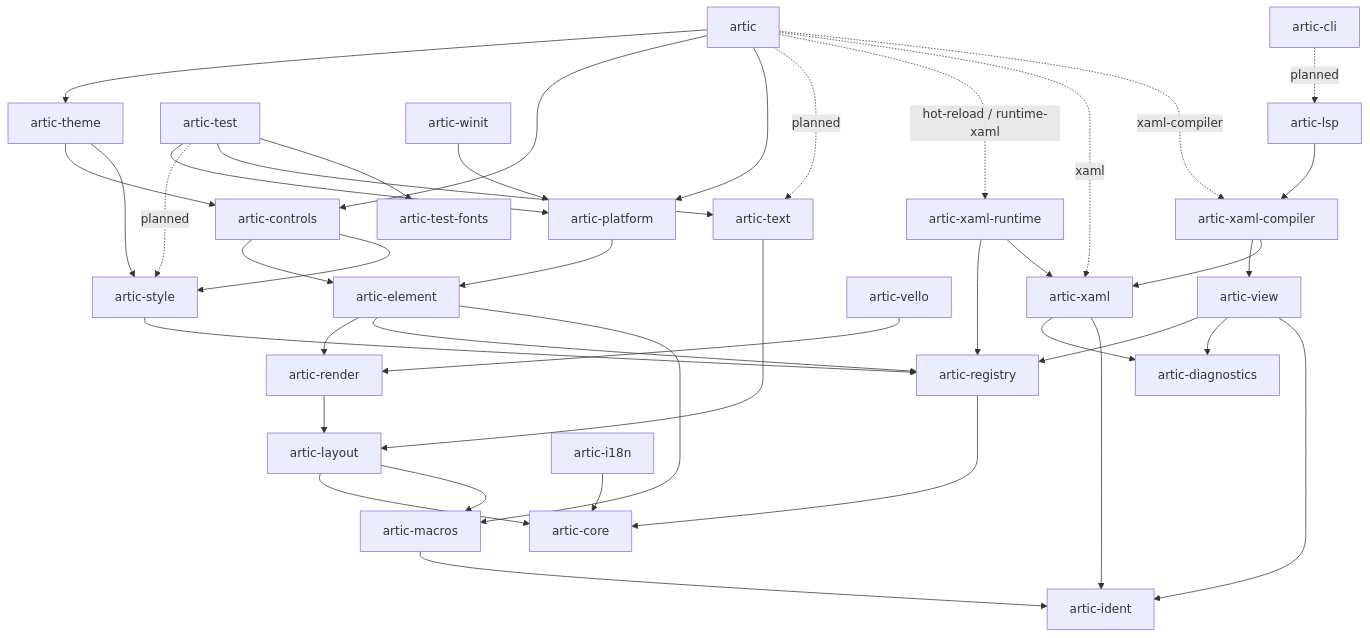
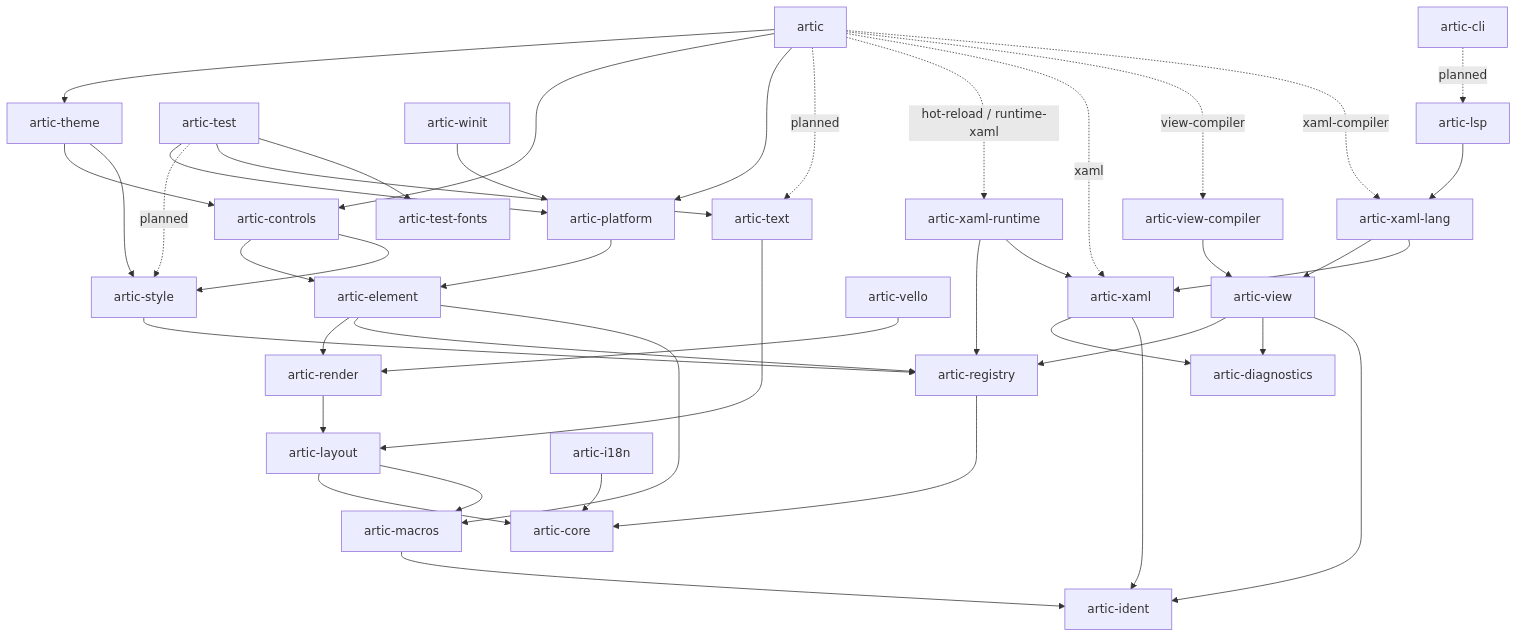
Before and after one commit to wolfware-labs/artic: the diagram in docs/architecture.md, drawn with Mermaid. The commit also changed other lines of this file and 146 other files, not shown here.

First line of the commit message:
refactor(view-compiler): compile the views of any UI language (#346)

````diff
--- a/docs/architecture.md
+++ b/docs/architecture.md
@@ -36,52 +36,54 @@
 ```mermaid
 flowchart TD
   artic --> theme[artic-theme]
   artic --> controls[artic-controls]
   artic --> platform[artic-platform]
   artic -. planned .-> text[artic-text]
   artic -. hot-reload / runtime-xaml .-> runtime[artic-xaml-runtime]
   artic -. xaml .-> xaml
-  artic -. xaml-compiler .-> compiler
+  artic -. view-compiler .-> viewc[artic-view-compiler]
+  artic -. xaml-compiler .-> lang
 
   theme --> controls
   theme --> styles[artic-style]
 
   controls --> element[artic-element]
   controls --> styles
 
   platform --> element
 
   element --> render[artic-render]
   element --> registry[artic-registry]
   element --> macros[artic-macros]
 
   test[artic-test] --> platform
   test -. planned .-> styles
   test --> text
   test --> fonts[artic-test-fonts]
 
   winit[artic-winit] --> platform
   vello[artic-vello] --> render
 
   cli[artic-cli] -. planned .-> lsp[artic-lsp]
-  lsp --> compiler[artic-xaml-compiler]
+  lsp --> lang[artic-xaml-lang]
 
   render --> layout[artic-layout]
   text --> layout
   styles --> registry
-  compiler --> view[artic-view]
+  viewc --> view[artic-view]
+  lang --> view
   view --> registry
   view --> diagnostics
-  compiler --> xaml[artic-xaml]
+  lang --> xaml[artic-xaml]
   xaml --> diagnostics[artic-diagnostics]
   runtime --> registry
   runtime --> xaml
 
   registry --> core[artic-core]
   layout --> core
   layout --> macros
   macros --> ident[artic-ident]
   xaml --> ident
   view --> ident
   i18n[artic-i18n] --> core
 ```
````
